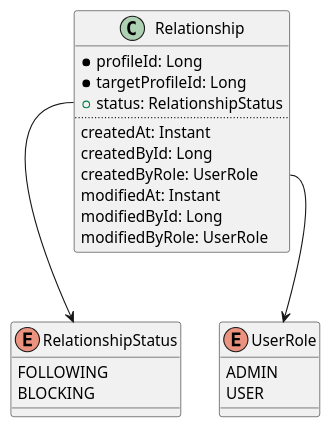
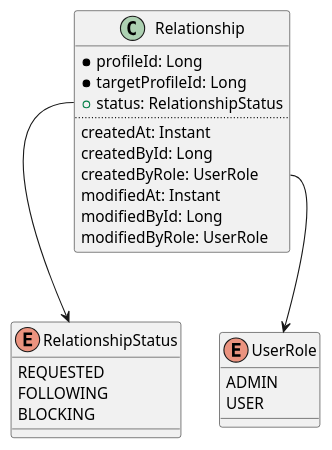
Before and after one commit to sweav-org/sweav-uml: the diagram in class/social/relationship.puml, drawn with PlantUML. The commit also changed 4 other files, not shown here.

```diff
--- a/class/social/relationship.puml
+++ b/class/social/relationship.puml
@@ -1,38 +1,39 @@
 @startuml
 'https://plantuml.com/class-diagram
 
 class Relationship {
   *profileId: Long
   *targetProfileId: Long
   +status: RelationshipStatus
   ..
   createdAt: Instant
   createdById: Long
   createdByRole: UserRole
   modifiedAt: Instant
   modifiedById: Long
   modifiedByRole: UserRole
 }
 
 enum RelationshipStatus {
+  REQUESTED
   FOLLOWING
   BLOCKING
 }
 
 enum UserRole {
   ADMIN
   USER
 }
 
 Relationship::status --> RelationshipStatus
 Relationship::createdByRole --> UserRole
 
 note right of Relationship::description
   상태 메시지
 end note
 
 note right of Relationship::imagePath
   프로필 이미지 경로
 end note
 
 @enduml
```
